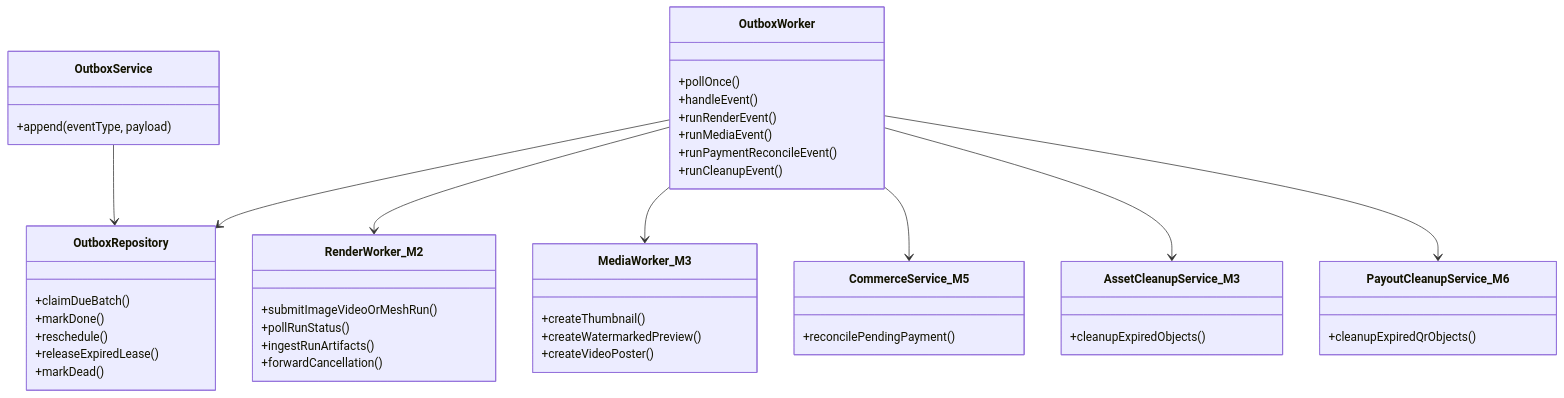
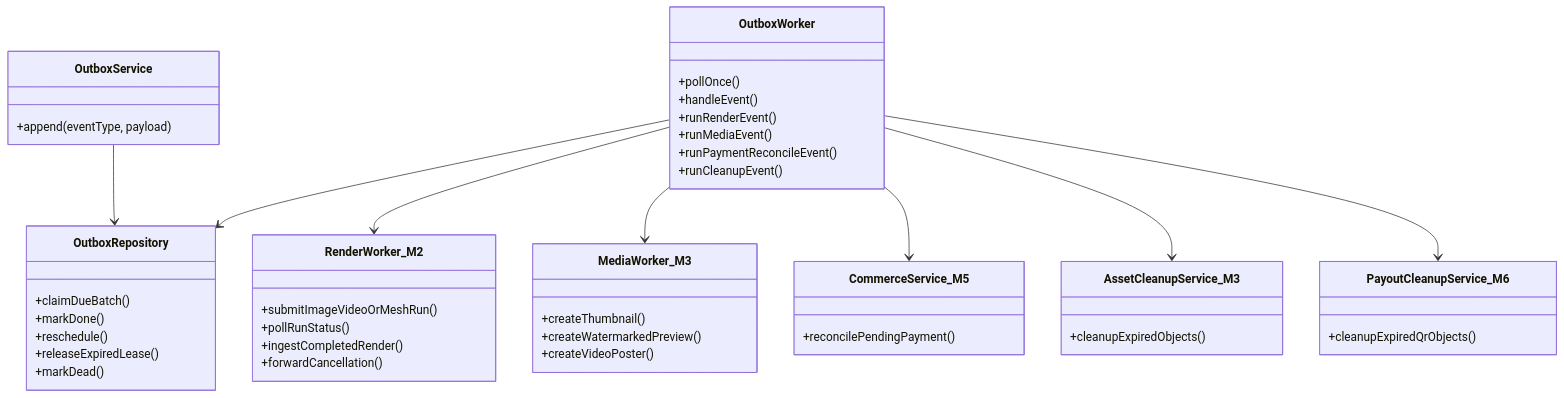
Diagram 12 of 20 in platform-backend/docs/platform-backend-spec.md (frozosea/fractal_studio), drawn with Mermaid before and after one commit. The commit also changed other lines of this file and 42 other files, not shown here.

````diff
--- a/platform-backend/docs/platform-backend-spec.md
+++ b/platform-backend/docs/platform-backend-spec.md
@@ -1341,48 +1322,48 @@
 ```mermaid
 classDiagram
   class OutboxService {
     +append(eventType, payload)
   }
   class OutboxWorker {
     +pollOnce()
     +handleEvent()
     +runRenderEvent()
     +runMediaEvent()
     +runPaymentReconcileEvent()
     +runCleanupEvent()
   }
   class OutboxRepository {
     +claimDueBatch()
     +markDone()
     +reschedule()
     +releaseExpiredLease()
     +markDead()
   }
   class RenderWorker_M2 {
     +submitImageVideoOrMeshRun()
     +pollRunStatus()
-    +ingestRunArtifacts()
+    +ingestCompletedRender()
     +forwardCancellation()
   }
   class MediaWorker_M3 {
     +createThumbnail()
     +createWatermarkedPreview()
     +createVideoPoster()
   }
   class CommerceService_M5 {
     +reconcilePendingPayment()
   }
   class AssetCleanupService_M3 {
     +cleanupExpiredObjects()
   }
   class PayoutCleanupService_M6 {
     +cleanupExpiredQrObjects()
   }
   OutboxService --> OutboxRepository
   OutboxWorker --> OutboxRepository
   OutboxWorker --> RenderWorker_M2
   OutboxWorker --> MediaWorker_M3
   OutboxWorker --> CommerceService_M5
   OutboxWorker --> AssetCleanupService_M3
   OutboxWorker --> PayoutCleanupService_M6
 ```
````
